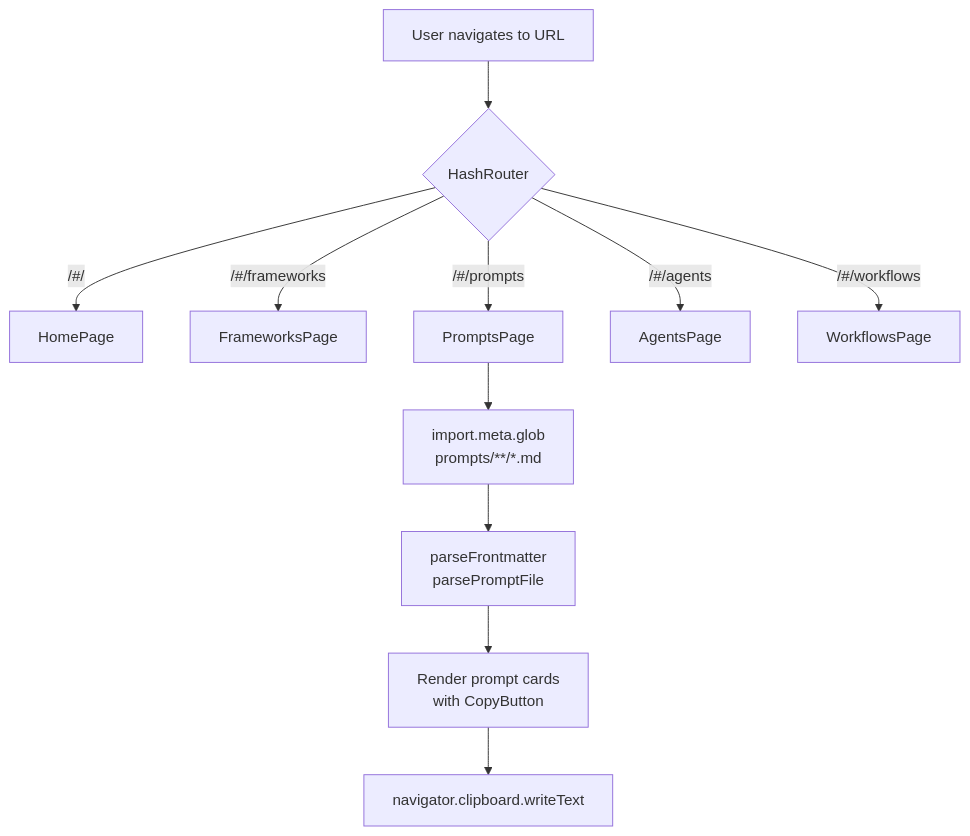
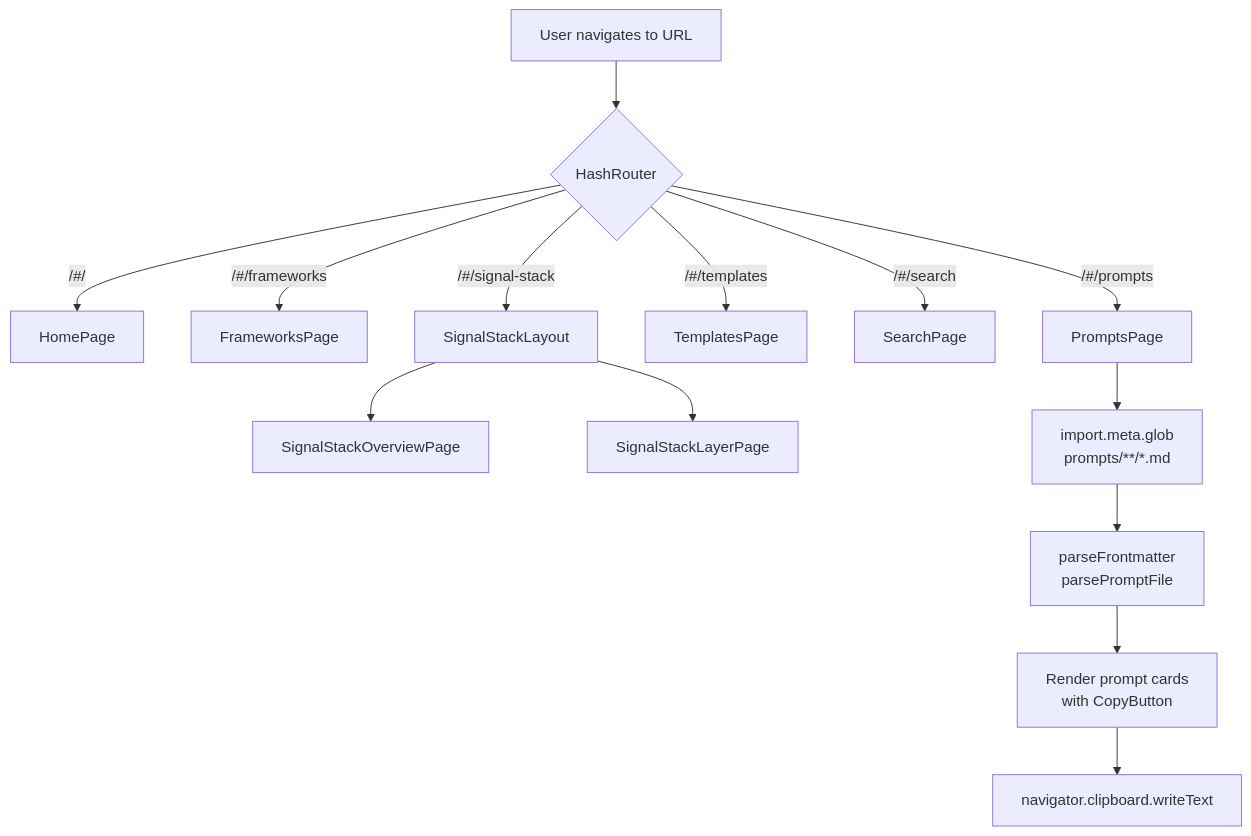
Before and after one commit to invisible-signals/invisible-signals: the first of 2 diagrams in .github/architecture.md, drawn with Mermaid. The commit also changed other lines of this file and 14 other files, not shown here.

Commit message:
feat: update architecture and documentation for new routing and active pages; activate draft frameworks and prompts

````diff
--- a/.github/architecture.md
+++ b/.github/architecture.md
@@ -85,14 +89,17 @@
 ```mermaid
 flowchart TD
     A[User navigates to URL] --> B{HashRouter}
     B -->|/#/| C[HomePage]
     B -->|/#/frameworks| D[FrameworksPage]
     B -->|/#/prompts| E[PromptsPage]
-    B -->|/#/agents| F[AgentsPage]
-    B -->|/#/workflows| G[WorkflowsPage]
+    B -->|/#/templates| F[TemplatesPage]
+    B -->|/#/search| G[SearchPage]
+    B -->|/#/signal-stack| H[SignalStackLayout]
+    H --> H1[SignalStackOverviewPage]
+    H --> H2[SignalStackLayerPage]
 
-    E --> H[import.meta.glob\nprompts/**/*.md]
-    H --> I[parseFrontmatter\nparsePromptFile]
-    I --> J[Render prompt cards\nwith CopyButton]
-    J --> K[navigator.clipboard.writeText]
+    E --> I[import.meta.glob\nprompts/**/*.md]
+    I --> J[parseFrontmatter\nparsePromptFile]
+    J --> K[Render prompt cards\nwith CopyButton]
+    K --> L[navigator.clipboard.writeText]
 ```
````
